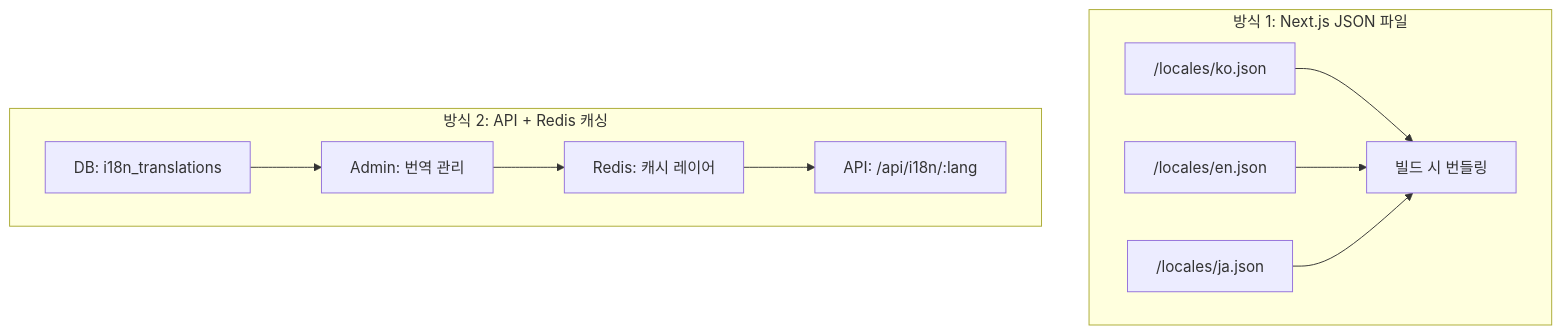
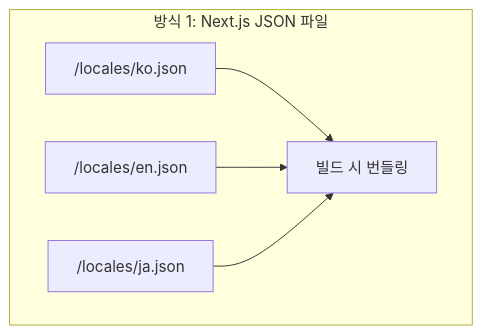
One commit to isinthesky/isinthesky changed the fifth of 11 diagrams in study/Redis in Practice/2-cache.md. Above: the diagram before and after it, drawn with Mermaid. The commit also changed other lines of this file, not shown here.

````diff
--- a/study/Redis in Practice/2-cache.md
+++ b/study/Redis in Practice/2-cache.md
@@ -179,24 +153,14 @@
 ```mermaid
 flowchart TB
     subgraph Approach1["방식 1: Next.js JSON 파일"]
         A1_1["/locales/ko.json"]
         A1_2["/locales/en.json"]
         A1_3["/locales/ja.json"]
         A1_4["빌드 시 번들링"]
     end
 
-    subgraph Approach2["방식 2: API + Redis 캐싱"]
-        A2_1["DB: i18n_translations"]
-        A2_2["Admin: 번역 관리"]
-        A2_3["Redis: 캐시 레이어"]
-        A2_4["API: /api/i18n/:lang"]
-    end
-
     A1_1 --> A1_4
     A1_2 --> A1_4
     A1_3 --> A1_4
 
-    A2_1 --> A2_2
-    A2_2 --> A2_3
-    A2_3 --> A2_4
 ```
````
